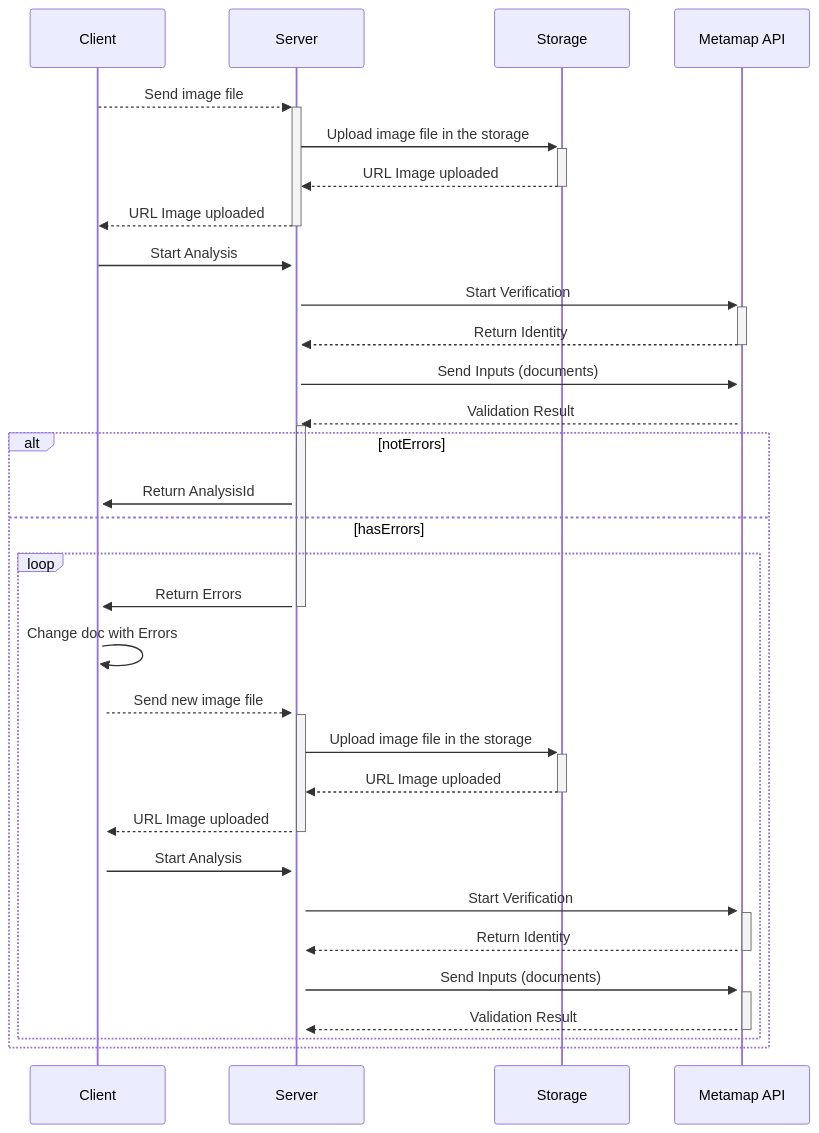
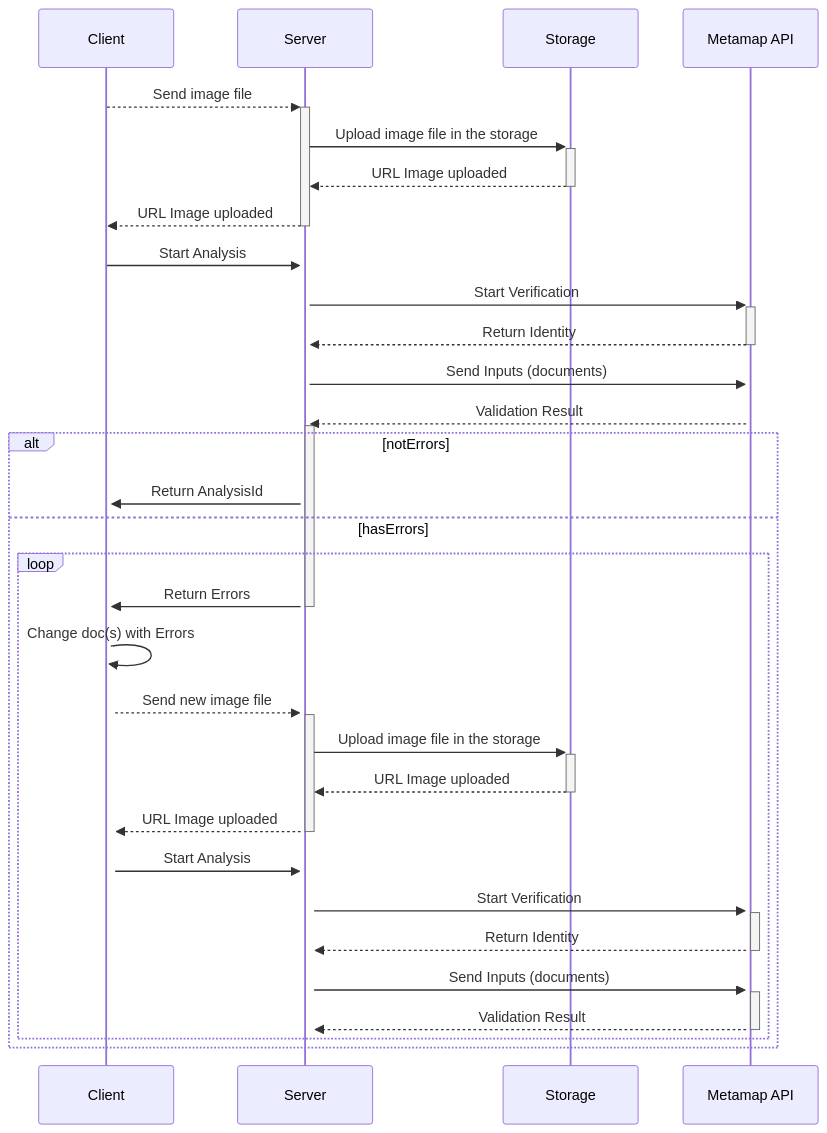
One commit to welitonhs/readme-editor changed the diagram in document-analysis-api.md. Above: the diagram before and after it, drawn with Mermaid. The commit also changed other lines of this file, not shown here.

````diff
--- a/document-analysis-api.md
+++ b/document-analysis-api.md
@@ -1,29 +8,29 @@
 ```mermaid
 sequenceDiagram
     Client-->>+Server: Send image file
     Server->>+Storage: Upload image file in the storage
     Storage-->>-Server: URL Image uploaded
     Server-->>-Client: URL Image uploaded
     Client->>+Server: Start Analysis
     Server->>+Metamap API: Start Verification
     Metamap API-->>-Server: Return Identity
     Server->>+Metamap API: Send Inputs (documents)
     Metamap API-->>+Server: Validation Result
     alt notErrors
         Server->>+Client: Return AnalysisId
     else hasErrors
         loop 
             Server->>-Client: Return Errors
-            Client->>+Client: Change doc with Errors
+            Client->>+Client: Change doc(s) with Errors
             Client-->>+Server: Send new image file
             Server->>+Storage: Upload image file in the storage
             Storage-->>-Server: URL Image uploaded
             Server-->>-Client: URL Image uploaded
             Client->>+Server: Start Analysis
             Server->>+Metamap API: Start Verification
             Metamap API-->>-Server: Return Identity
             Server->>+Metamap API: Send Inputs (documents)
             Metamap API-->>-Server: Validation Result
         end
     end
 ```
````
